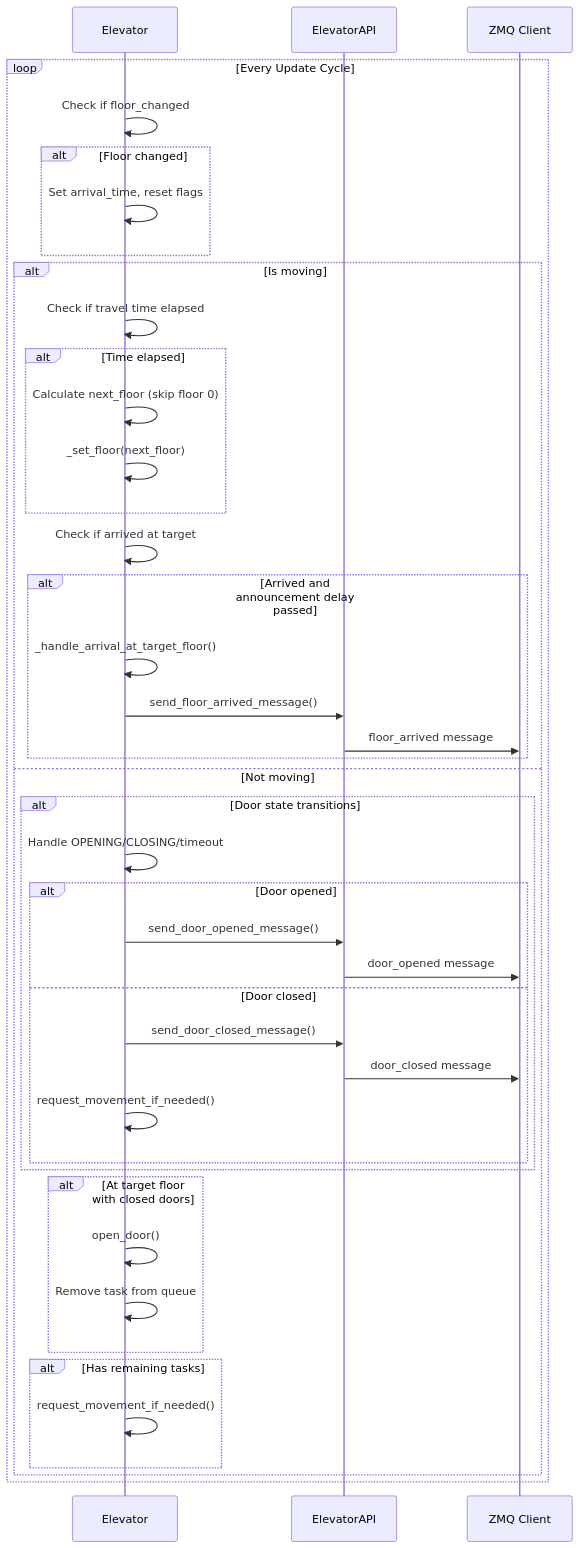
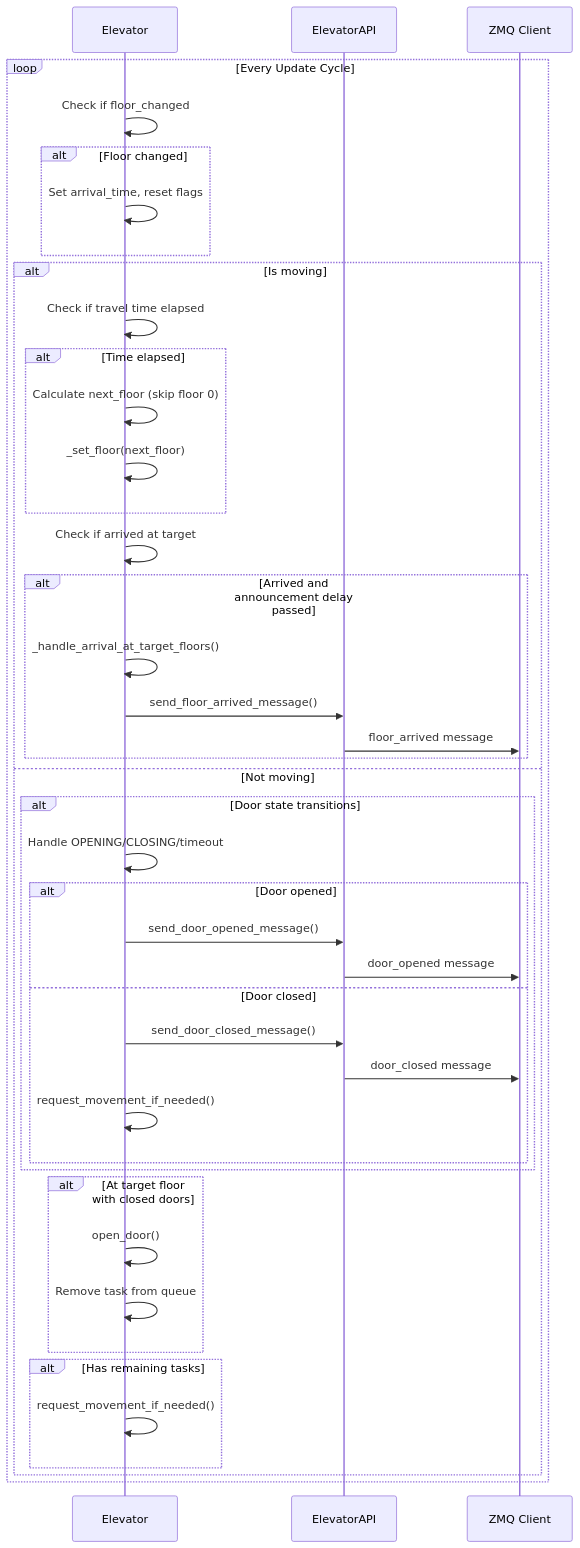
One commit to zivmax/cs132-elevator changed the fourth of 5 diagrams in docs/specification.md. Above: the diagram before and after it, drawn with Mermaid. The commit also changed other lines of this file and 2 other files, not shown here.

````diff
--- a/docs/specification.md
+++ b/docs/specification.md
@@ -443,48 +421,48 @@
 ```mermaid
 sequenceDiagram
     participant E as Elevator
     participant API as ElevatorAPI
     participant ZMQ as ZMQ Client
 
     loop Every Update Cycle
         E->>E: Check if floor_changed
         alt Floor changed
             E->>E: Set arrival_time, reset flags
         end
         
         alt Is moving
             E->>E: Check if travel time elapsed
             alt Time elapsed
                 E->>E: Calculate next_floor (skip floor 0)
                 E->>E: _set_floor(next_floor)
             end
             E->>E: Check if arrived at target
             alt Arrived and announcement delay passed
-                E->>E: _handle_arrival_at_target_floor()
+                E->>E: _handle_arrival_at_target_floors()
                 E->>API: send_floor_arrived_message()
                 API->>ZMQ: floor_arrived message
             end
         else Not moving
             alt Door state transitions
                 E->>E: Handle OPENING/CLOSING/timeout
                 alt Door opened
                     E->>API: send_door_opened_message()
                     API->>ZMQ: door_opened message
                 else Door closed
                     E->>API: send_door_closed_message()
                     API->>ZMQ: door_closed message
                     E->>E: request_movement_if_needed()
                 end
             end
             
             alt At target floor with closed doors
                 E->>E: open_door()
                 E->>E: Remove task from queue
             end
             
             alt Has remaining tasks
                 E->>E: request_movement_if_needed()
             end
         end
     end
 ```
````
